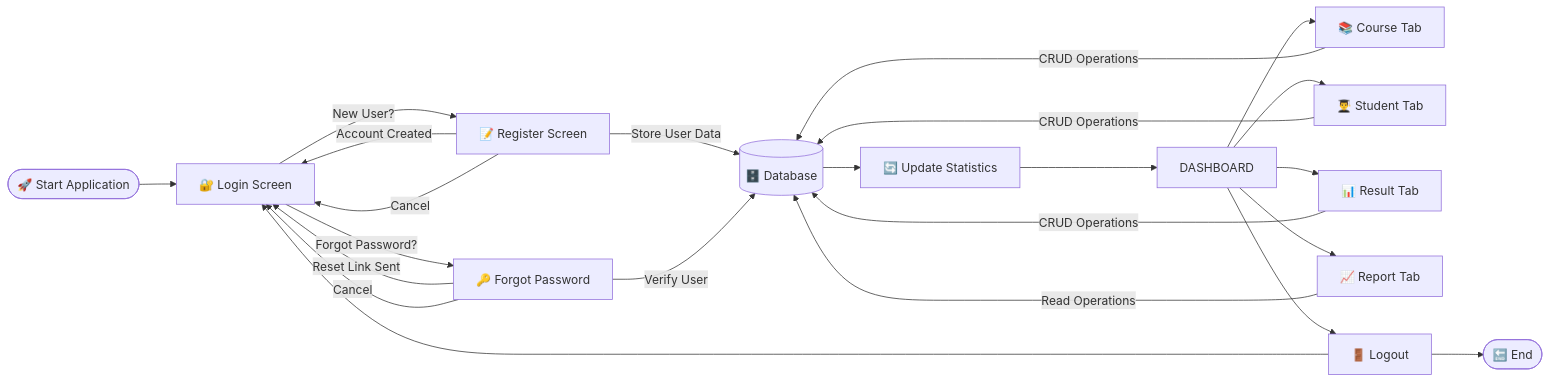
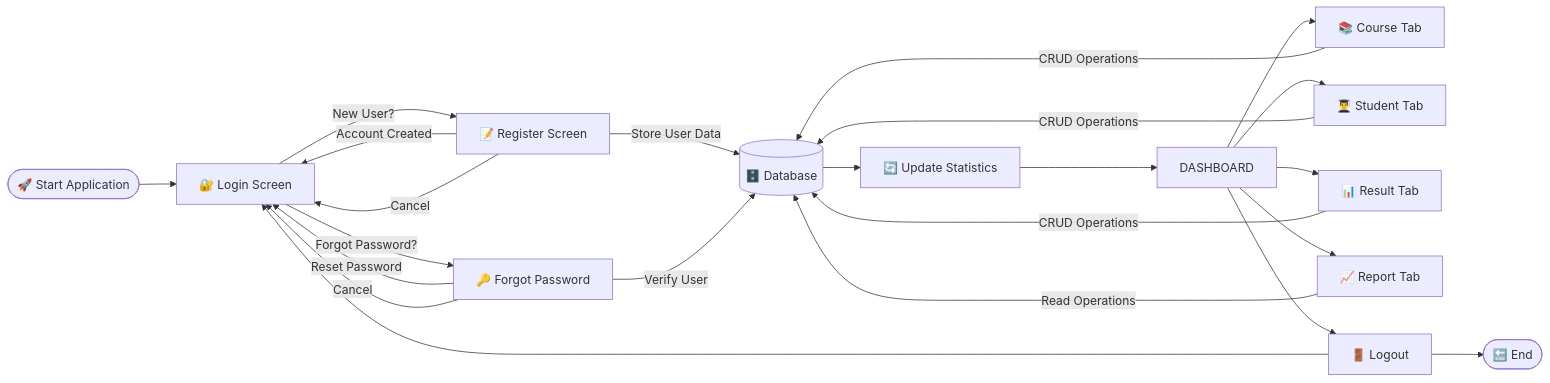
Before and after one commit to sameeran4218/Student-Management-System: the second of 2 diagrams in README.md, drawn with Mermaid.

````diff
--- a/README.md
+++ b/README.md
@@ -64,31 +64,31 @@
 ```mermaid
 flowchart LR
     START([🚀 Start Application]) --> LOGIN[🔐 Login Screen]
     LOGIN --> |New User?| REGISTER[📝 Register Screen]
     REGISTER --> |Account Created| LOGIN
     REGISTER --> |Cancel| LOGIN
 
     LOGIN --> |Forgot Password?| FORGOT[🔑 Forgot Password]
-    FORGOT --> |Reset Link Sent| LOGIN
+    FORGOT --> |Reset Password| LOGIN
     FORGOT --> |Cancel| LOGIN
     
     DASHBOARD --> COURSE[📚 Course Tab]
     DASHBOARD --> STUDENT[👨‍🎓 Student Tab]
     DASHBOARD --> RESULT[📊 Result Tab]
     DASHBOARD --> REPORT[📈 Report Tab]
     
     COURSE --> |CRUD Operations| DB[(🗄️ Database)]
     STUDENT --> |CRUD Operations| DB
     RESULT --> |CRUD Operations| DB
     REPORT --> |Read Operations| DB
 
     REGISTER --> |Store User Data| DB
     FORGOT --> |Verify User| DB
     
     DB --> UPDATE[🔄 Update Statistics]
     UPDATE --> DASHBOARD
     
     DASHBOARD --> LOGOUT[🚪 Logout]
     LOGOUT --> LOGIN
     LOGOUT --> END([🔚 End])
 ```
````
